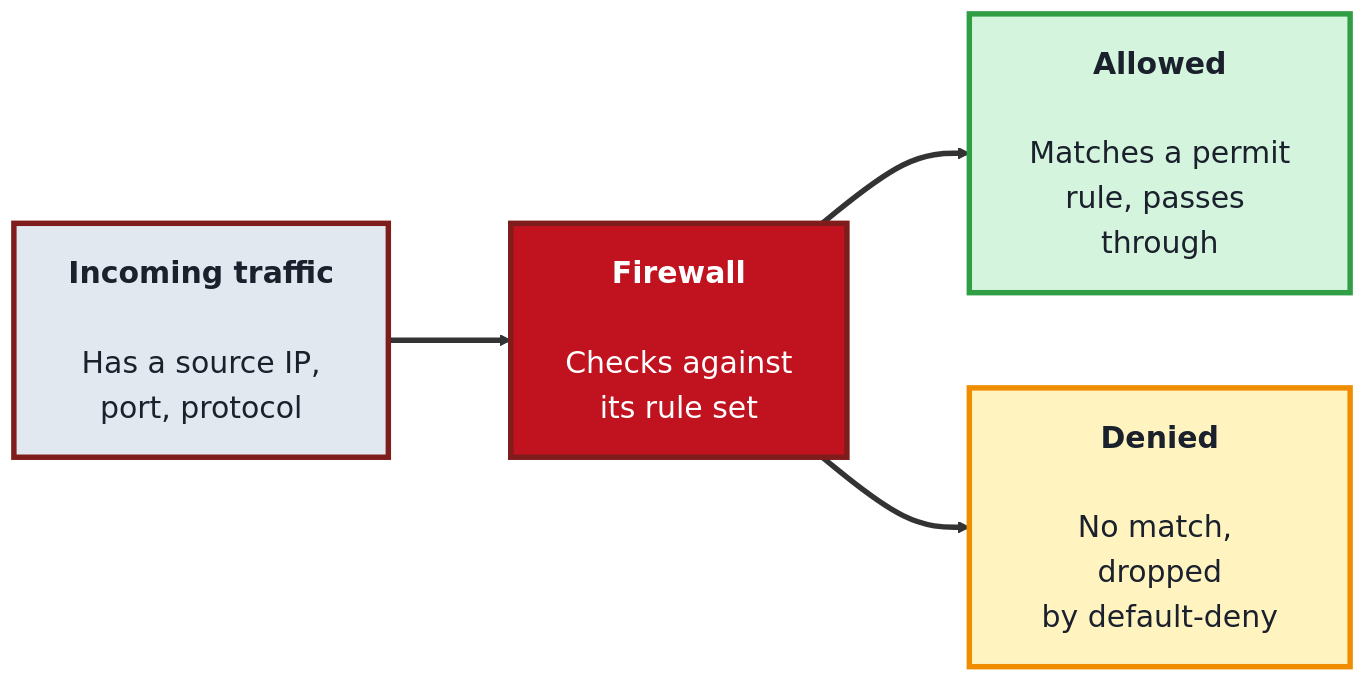
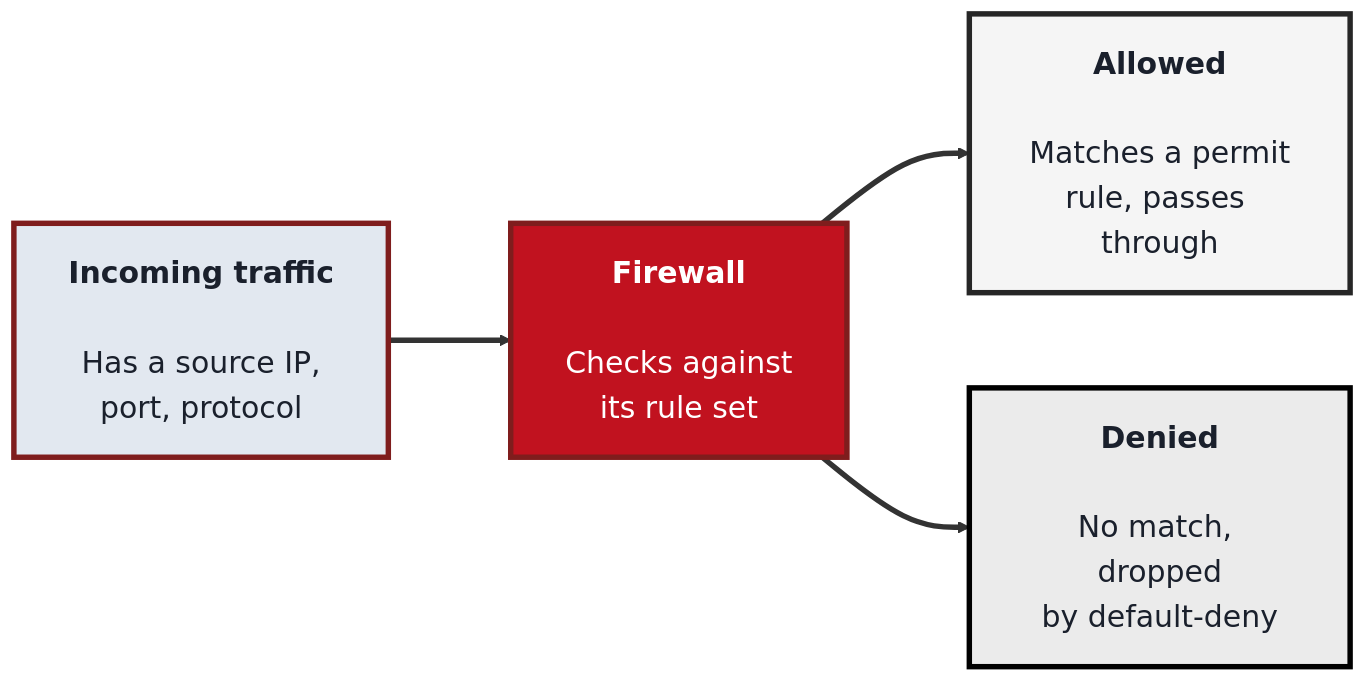
The fourth of 4 diagrams in src/Pages/courses/TechGuard/module-1-networking.md (SHEMODELTECH/shemodeltech), drawn with Mermaid before and after one commit. The commit also changed other lines of this file and 46 other files, not shown here.

````diff
--- a/src/Pages/courses/TechGuard/module-1-networking.md
+++ b/src/Pages/courses/TechGuard/module-1-networking.md
@@ -247,18 +247,18 @@
 ```mermaid
 %%{init: {'theme':'base', 'themeVariables': {'fontSize':'22px', 'primaryTextColor':'#1a202c', 'primaryBorderColor':'#7f1d1d', 'lineColor':'#333333'}, 'flowchart': {'nodeSpacing': 70, 'rankSpacing': 90, 'padding': 20}}}%%
 flowchart LR
     T["<b>Incoming traffic</b><br/><br/>Has a source IP,<br/>port, protocol"]
     FW["<b>Firewall</b><br/><br/>Checks against<br/>its rule set"]
     ALLOW["<b>Allowed</b><br/><br/>Matches a permit<br/>rule, passes through"]
     DENY["<b>Denied</b><br/><br/>No match, dropped<br/>by default-deny"]
 
     T ==> FW
     FW ==> ALLOW
     FW ==> DENY
 
     style T fill:#e2e8f0,color:#1a202c,stroke:#7f1d1d,stroke-width:4px
     style FW fill:#c1121f,color:#fff,stroke:#7f1d1d,stroke-width:4px
-    style ALLOW fill:#d4f4dd,color:#1a202c,stroke:#2f9e44,stroke-width:4px
-    style DENY fill:#fff3bf,color:#1a202c,stroke:#f08c00,stroke-width:4px
+    style ALLOW fill:#F5F5F5,color:#1a202c,stroke:#262626,stroke-width:4px
+    style DENY fill:#EBEBEB,color:#1a202c,stroke:#000000,stroke-width:4px
     linkStyle default stroke-width:4px,stroke:#333333
 ```
````
